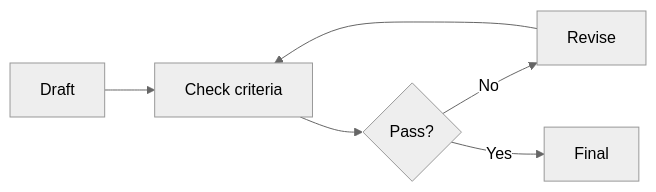
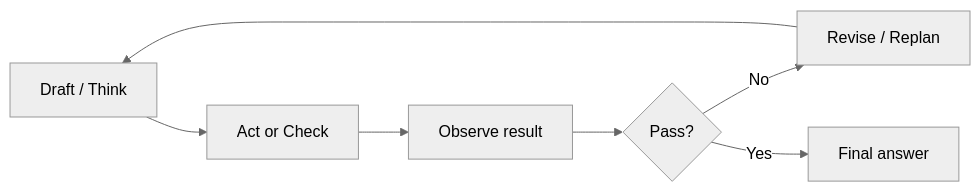
Before and after one commit to satishify/BackBenchLearner: the diagram in content/genai/module-2-prompting-rag/session-12-agentic/09-reflection-self-correction-loops.md, drawn with Mermaid (neutral theme). The commit also changed other lines of this file and 199 other files, not shown here.

````diff
--- a/content/genai/module-2-prompting-rag/session-12-agentic/09-reflection-self-correction-loops.md
+++ b/content/genai/module-2-prompting-rag/session-12-agentic/09-reflection-self-correction-loops.md
@@ -12,8 +35,9 @@
 ```mermaid
 flowchart LR
-    A[Draft] --> B[Check criteria]
-    B --> C{Pass?}
-    C -- No --> D[Revise]
-    D --> B
-    C -- Yes --> E[Final]
+    A[Draft / Think] --> B[Act or Check]
+    B --> C[Observe result]
+    C --> D{Pass?}
+    D -- No --> E[Revise / Replan]
+    E --> A
+    D -- Yes --> F[Final answer]
 ```
````
